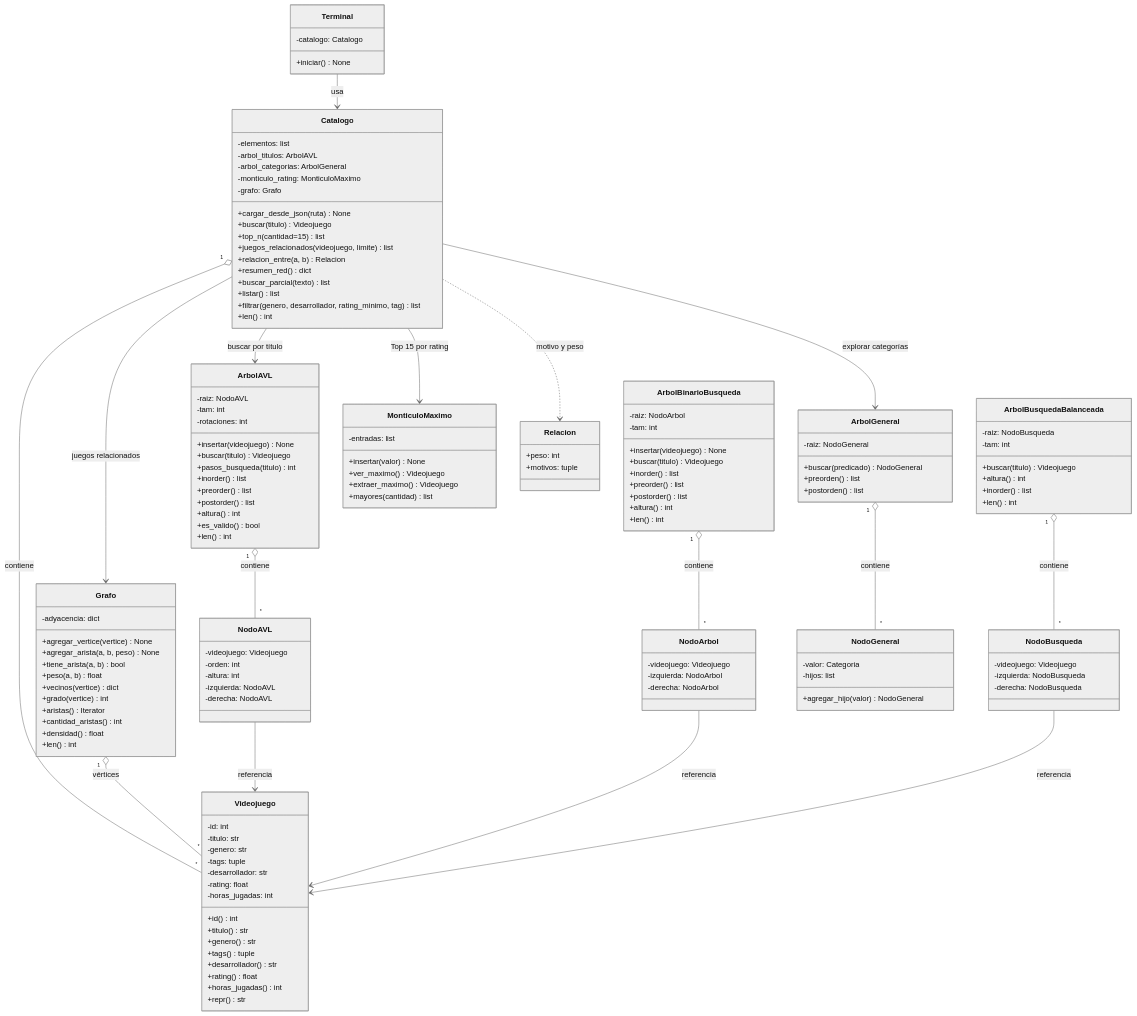
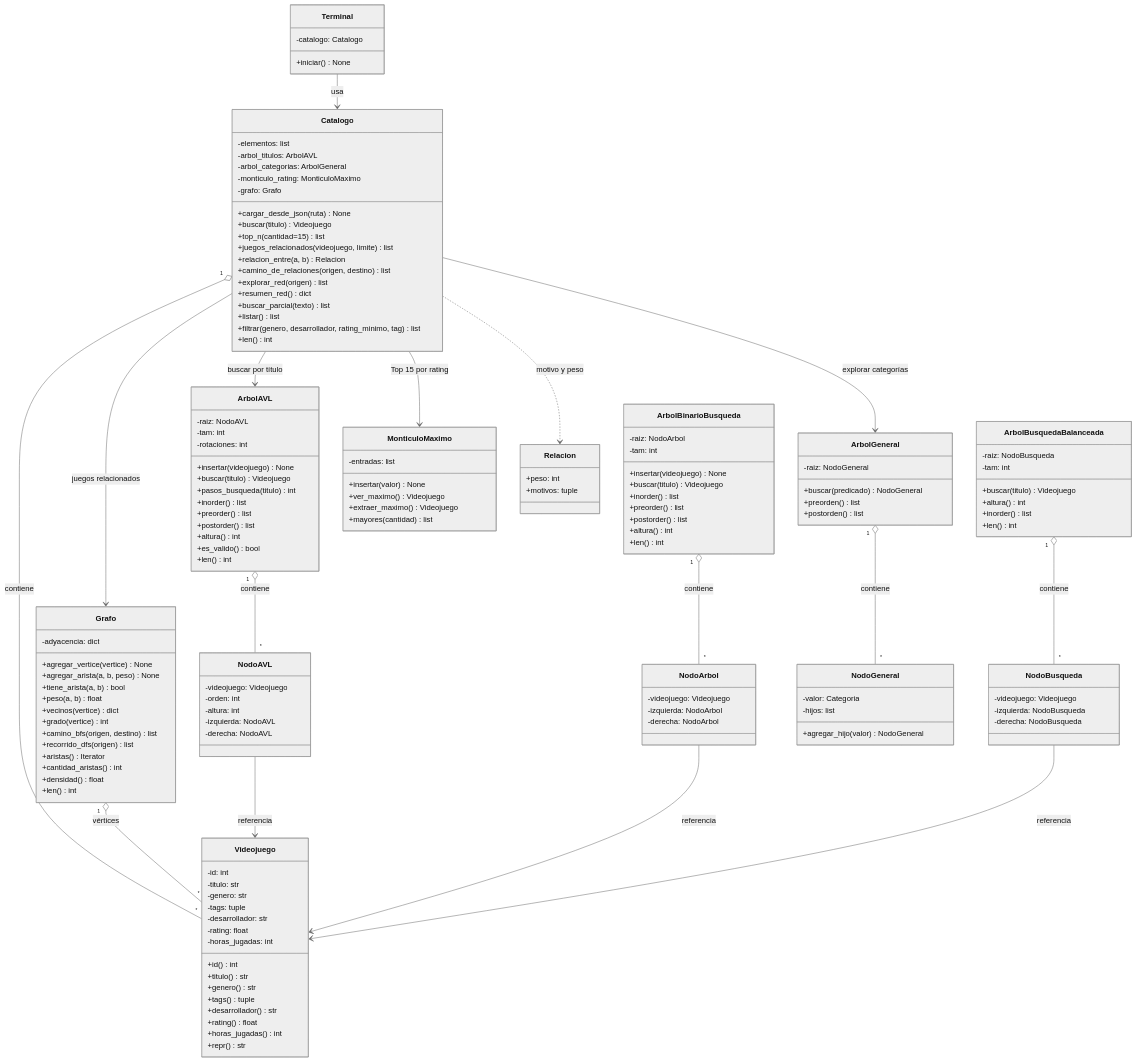
One commit to Dasein369/tpi_edd2026_recomendador changed the diagram in docs/03_diagrama_clases.md. Above: the diagram before and after it, drawn with Mermaid (neutral theme). The commit also changed other lines of this file, not shown here.

```diff
--- a/docs/03_diagrama_clases.md
+++ b/docs/03_diagrama_clases.md
@@ -35,6 +34,8 @@
         +top_n(cantidad=15) list
         +juegos_relacionados(videojuego, limite) list
         +relacion_entre(a, b) Relacion
+        +camino_de_relaciones(origen, destino) list
+        +explorar_red(origen) list
         +resumen_red() dict
         +buscar_parcial(texto) list
         +listar() list
@@ -119,6 +120,8 @@
         +peso(a, b) float
         +vecinos(vertice) dict
         +grado(vertice) int
+        +camino_bfs(origen, destino) list
+        +recorrido_dfs(origen) list
         +aristas() Iterator
         +cantidad_aristas() int
         +densidad() float
```
